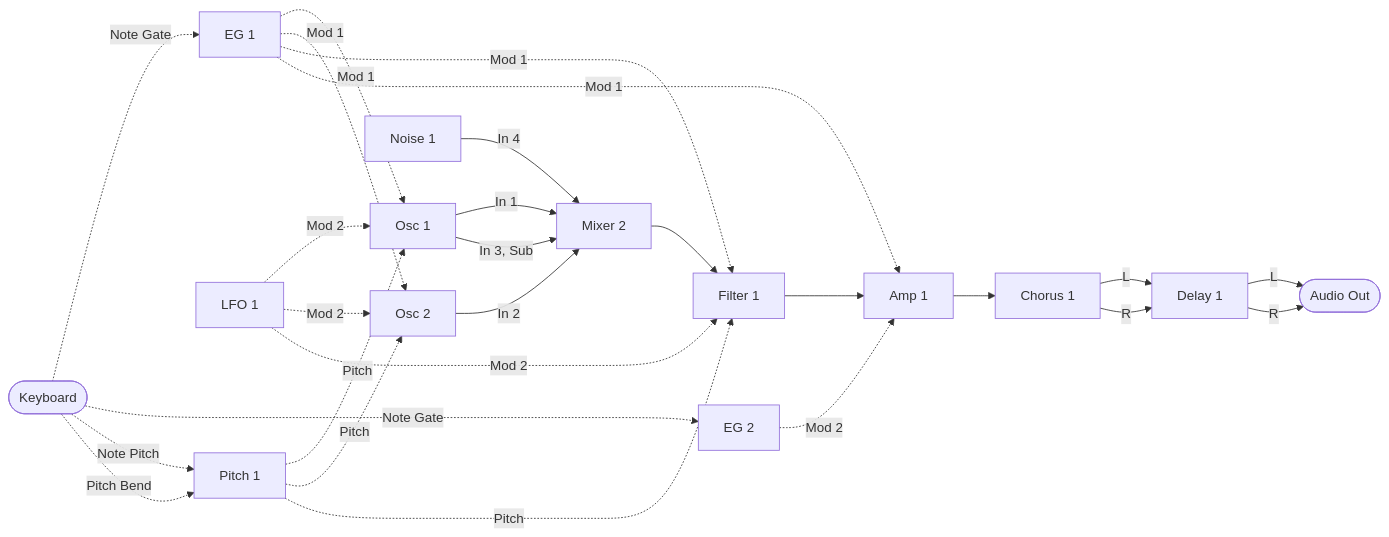
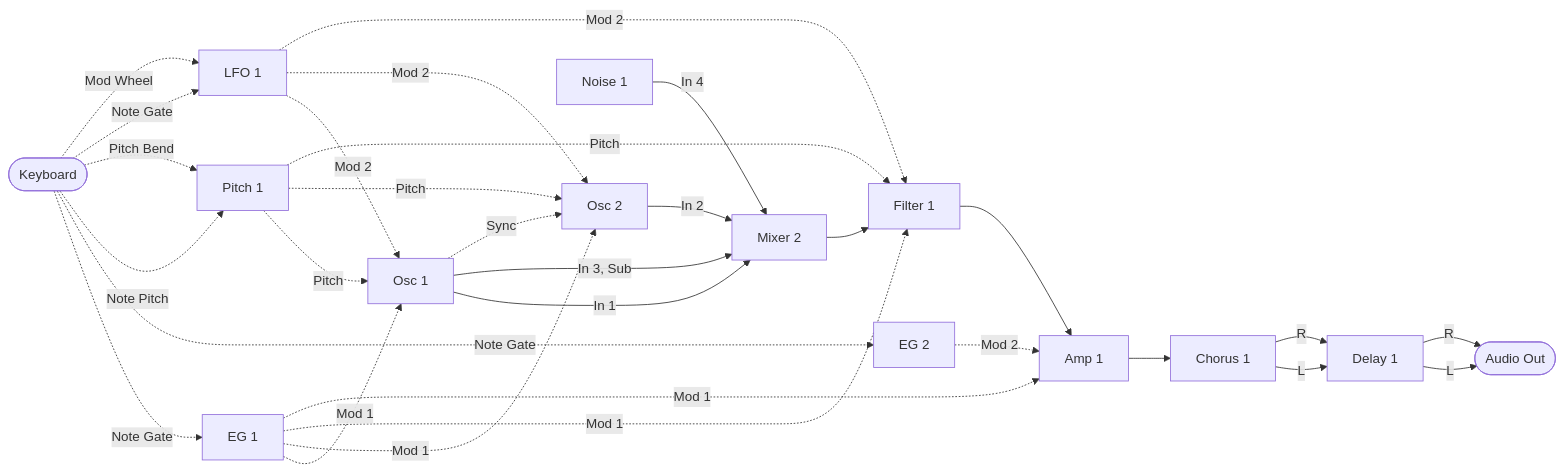
One commit to risgk/midi_synthesizer_spms1 changed the first of 6 diagrams in spms1_type2/README.ja.md. Above: the diagram before and after it, drawn with Mermaid. The commit also changed other lines of this file and 2 other files, not shown here.

````diff
--- a/spms1_type2/README.ja.md
+++ b/spms1_type2/README.ja.md
@@ -163,45 +163,48 @@
 ```mermaid
 flowchart LR
   KBD([Keyboard])
   PITCH[Pitch 1]
   LFO[LFO 1]
   EG[EG 1]
   EG2[EG 2]
   OSC[Osc 1]
   OSC2[Osc 2]
   NOISE[Noise 1]
   MIX2[Mixer 2]
   FILTER[Filter 1]
   AMP[Amp 1]
   CHORUS[Chorus 1]
   DELAY[Delay 1]
   OUT([Audio Out])
 
   OSC -->|In 1| MIX2
   OSC2 -->|In 2| MIX2
   OSC -->|In 3, Sub| MIX2
   NOISE -->|In 4| MIX2
   MIX2 --> FILTER
   FILTER --> AMP
   AMP --> CHORUS
   CHORUS -->|L| DELAY
   CHORUS -->|R| DELAY
   DELAY -->|L| OUT
   DELAY -->|R| OUT
 
   KBD -. Note Gate .-> EG
   KBD -. Note Gate .-> EG2
   KBD -. Note Pitch .-> PITCH
   KBD -. Pitch Bend .-> PITCH
   PITCH -. Pitch .-> OSC
   EG -. Mod 1 .-> OSC
   LFO -. Mod 2 .-> OSC
   PITCH -. Pitch .-> OSC2
   EG -. Mod 1 .-> OSC2
   LFO -. Mod 2 .-> OSC2
   EG -. Mod 1 .-> FILTER
   LFO -. Mod 2 .-> FILTER
   PITCH -. Pitch .-> FILTER
   EG -. Mod 1 .-> AMP
   EG2 -. Mod 2 .-> AMP
+  OSC -. Sync .-> OSC2
+  KBD -. Note Gate .-> LFO
+  KBD -. Mod Wheel .-> LFO
 ```
````
